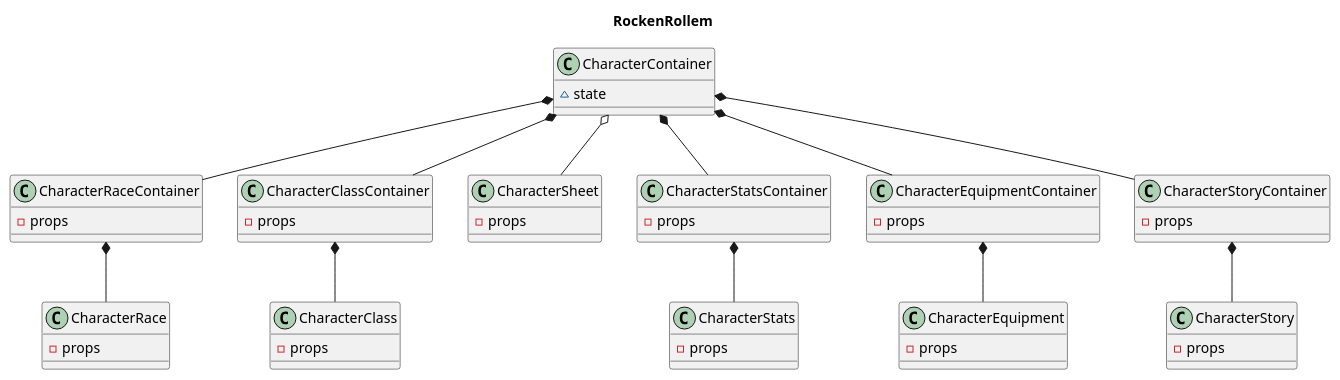
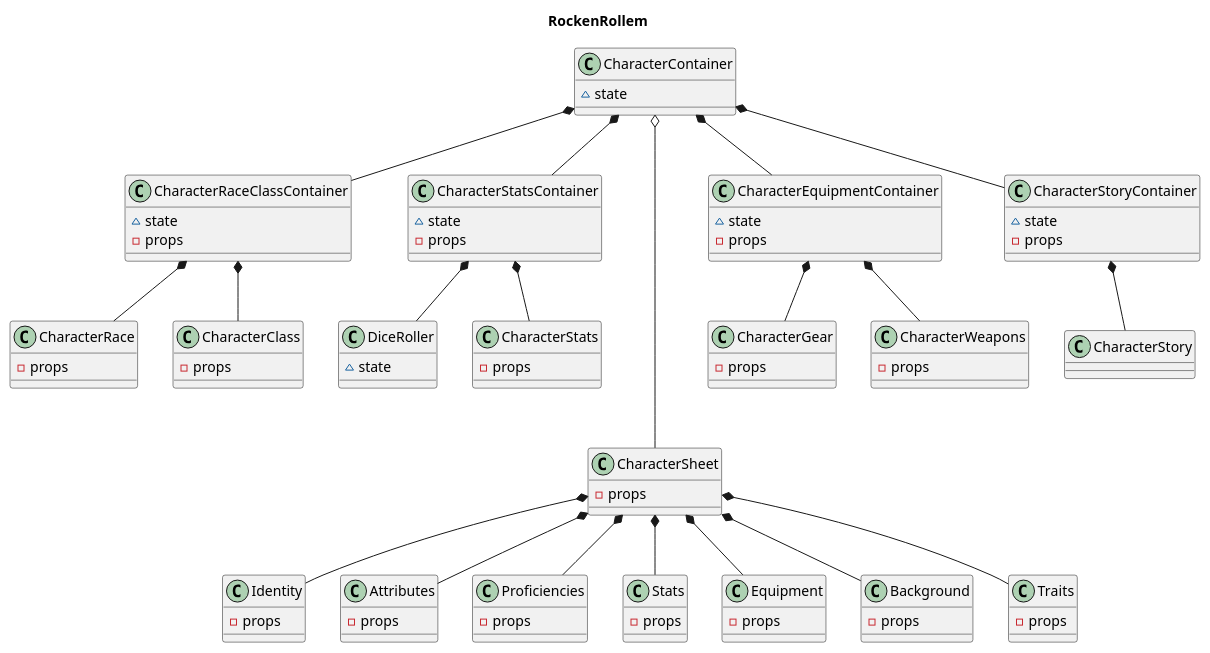
One commit to uncageddesign/characterGenerator changed the diagram in docs/components.plantuml. Above: the diagram before and after it, drawn with PlantUML. The commit also changed other lines of this file, not shown here.

Commit message:
More complete diagram

```diff
--- a/docs/components.plantuml
+++ b/docs/components.plantuml
@@ -1,67 +1,111 @@
+@startuml
 title RockenRollem
 
 
 
 class CharacterContainer {
-    ~state
+    ~ state
 }
 
-class CharacterRaceContainer {
+class CharacterRaceClassContainer {
+  ~state
   - props
 }
 
-class CharacterClassContainer {
+
+
+class CharacterStatsContainer {
+  ~state
   - props
+}
+
+class DiceRoller {
+  ~ state
 }
 
 class CharacterSheet {
   -props
 }
 
-
-class CharacterStatsContainer {
-  - props
-}
-
 class CharacterEquipmentContainer {
+  ~state
   - props
 }
 
 class CharacterStoryContainer {
+  ~state
   - props
 }
 
 class CharacterRace {
   - props
 }
 
 class CharacterClass {
   - props
 }
 
 class CharacterStats {
   - props
 }
 
-class CharacterEquipment {
+class CharacterGear {
   - props
 }
 
-class CharacterStory {
+class CharacterWeapons {
+  - props
+}
+
+class Identity {
+  - props
+}
+
+class Attributes {
+  - props
+}
+
+class Proficiencies {
+  - props
+}
+
+class Stats {
+  - props
+}
+
+class Equipment {
+  - props
+}
+
+class Background {
+  - props
+}
+
+class Traits {
   - props
 }
 
 
 
+CharacterContainer *-- CharacterRaceClassContainer
 
-CharacterContainer *-- CharacterRaceContainer
-CharacterContainer *-- CharacterClassContainer
-CharacterContainer o-- CharacterSheet
+CharacterContainer o---- CharacterSheet
+CharacterSheet *-- Identity
+CharacterSheet *-- Attributes
+CharacterSheet *-- Proficiencies
+CharacterSheet *-- Stats
+CharacterSheet *-- Equipment
+CharacterSheet *-- Background
+CharacterSheet *-- Traits
 CharacterContainer *-- CharacterStatsContainer
 CharacterContainer *-- CharacterEquipmentContainer
 CharacterContainer *-- CharacterStoryContainer
-CharacterRaceContainer *-- CharacterRace
-CharacterClassContainer *-- CharacterClass
+CharacterRaceClassContainer *-- CharacterRace
+CharacterRaceClassContainer *-- CharacterClass
 CharacterStatsContainer *-- CharacterStats
-CharacterEquipmentContainer *-- CharacterEquipment
+CharacterStatsContainer *-- DiceRoller
+CharacterEquipmentContainer *-- CharacterGear
+CharacterEquipmentContainer *-- CharacterWeapons
 CharacterStoryContainer *-- CharacterStory
+
+@enduml
```
